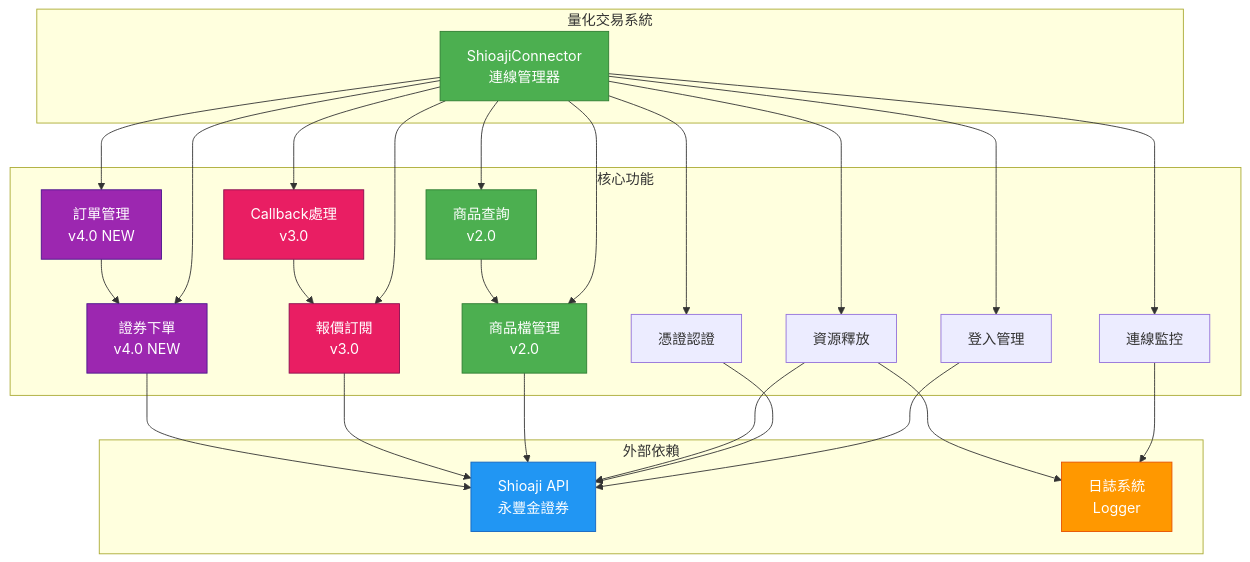
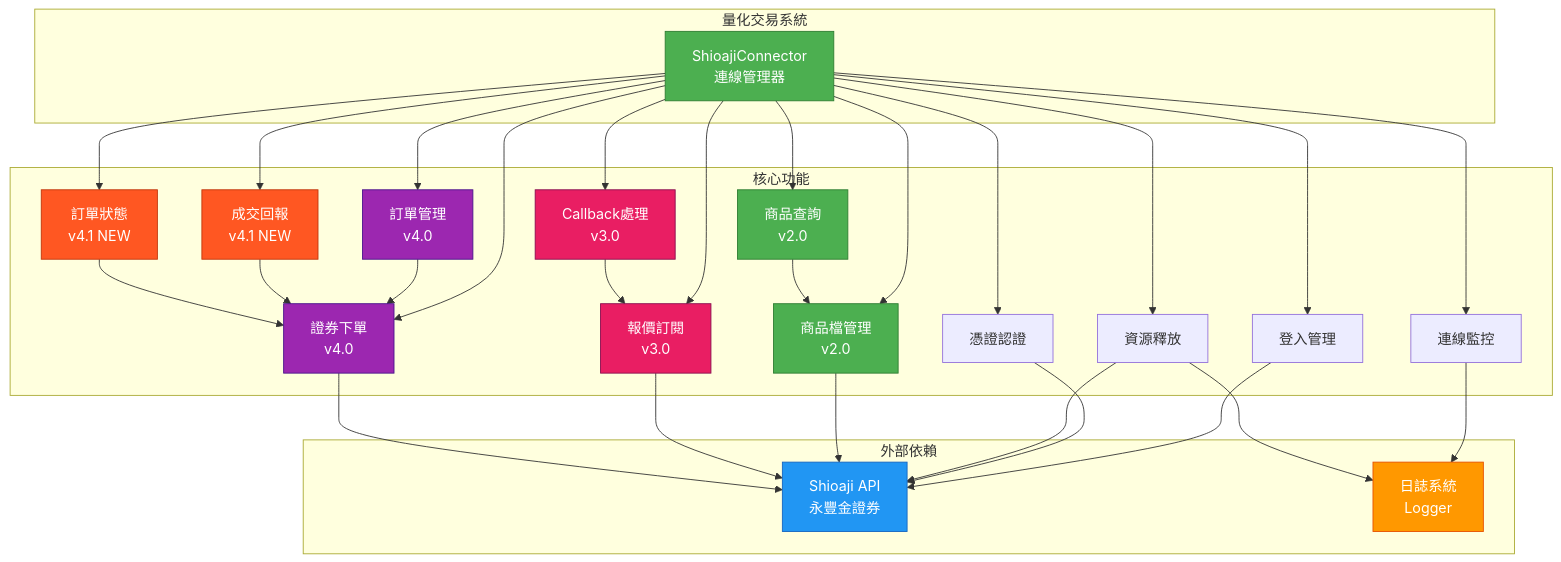
The fifth of 13 diagrams in 類別圖.md (wu02067602/sample-trading), drawn with Mermaid before and after one commit. The commit also changed other lines of this file and 3 other files, not shown here.

````diff
--- a/類別圖.md
+++ b/類別圖.md
@@ -267,57 +278,65 @@
 ```mermaid
 graph TB
     subgraph 量化交易系統
         A[ShioajiConnector<br/>連線管理器]
     end
     
     subgraph 核心功能
         B[登入管理]
         C[憑證認證]
         D[連線監控]
         E[資源釋放]
         H[商品檔管理<br/>v2.0]
         I[商品查詢<br/>v2.0]
         J[報價訂閱<br/>v3.0]
         K[Callback處理<br/>v3.0]
-        L[證券下單<br/>v4.0 NEW]
-        M[訂單管理<br/>v4.0 NEW]
+        L[證券下單<br/>v4.0]
+        M[訂單管理<br/>v4.0]
+        N[成交回報<br/>v4.1 NEW]
+        O[訂單狀態<br/>v4.1 NEW]
     end
     
     subgraph 外部依賴
         F[Shioaji API<br/>永豐金證券]
         G[日誌系統<br/>Logger]
     end
     
     A --> B
     A --> C
     A --> D
     A --> E
     A --> H
     A --> I
     A --> J
     A --> K
     A --> L
     A --> M
+    A --> N
+    A --> O
     
     B --> F
     C --> F
     D --> G
     E --> F
     E --> G
     H --> F
     I --> H
     J --> F
     K --> J
     L --> F
     M --> L
+    N --> L
+    O --> L
     
     style A fill:#4CAF50,stroke:#2E7D32,color:#fff
     style F fill:#2196F3,stroke:#1565C0,color:#fff
     style G fill:#FF9800,stroke:#E65100,color:#fff
     style H fill:#4CAF50,stroke:#2E7D32,color:#fff
     style I fill:#4CAF50,stroke:#2E7D32,color:#fff
     style J fill:#E91E63,stroke:#880E4F,color:#fff
     style K fill:#E91E63,stroke:#880E4F,color:#fff
     style L fill:#9C27B0,stroke:#4A148C,color:#fff
     style M fill:#9C27B0,stroke:#4A148C,color:#fff
+    style N fill:#FF5722,stroke:#BF360C,color:#fff
+    style O fill:#FF5722,stroke:#BF360C,color:#fff
 ```
````
